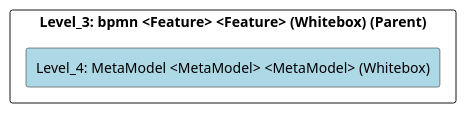
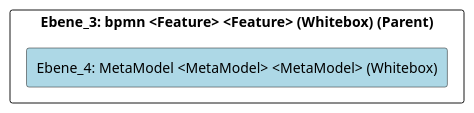
The diagram in doc/cleonproject_deliverables_architecture_model_architecture/adoc/de/05_bausteinsicht/cleon/modeling_languages/bpmn/metamodel/ebene_4_metamodel.adoc (marcozwyssig/cleon), drawn with PlantUML before and after one commit. The commit also changed other lines of this file and 214 other files, not shown here.

```diff
--- a/doc/cleonproject_deliverables_architecture_model_architecture/adoc/de/05_bausteinsicht/cleon/modeling_languages/bpmn/metamodel/ebene_4_metamodel.adoc
+++ b/doc/cleonproject_deliverables_architecture_model_architecture/adoc/de/05_bausteinsicht/cleon/modeling_languages/bpmn/metamodel/ebene_4_metamodel.adoc
@@ -21,24 +21,24 @@
-[plantuml, Level_4: MetaModel <MetaModel> <MetaModel> (Whitebox)BlockOverview, format="svg"]
+[plantuml, Ebene_4: MetaModel <MetaModel> <MetaModel> (Whitebox)BlockOverview, format="svg"]
 ----
-@startuml Level_4: MetaModel <MetaModel> <MetaModel> (Whitebox)BuildingBlockOverview
+@startuml Ebene_4: MetaModel <MetaModel> <MetaModel> (Whitebox)BuildingBlockOverview
 
 skinparam ranksep 10
 skinparam componentStyle rectangle
 skinparam shadowing false
 skinparam arrowColor lightblue
 skinparam arrowThickness 1.2
 skinparam rectangle {
   BackgroundColor White
   BorderColor #333
   RoundCorner 10
 }
 top to bottom direction
 
-component "Level_3: bpmn <Feature> <Feature> (Whitebox) (Parent)" {
-    component "Level_4: MetaModel <MetaModel> <MetaModel> (Whitebox)" #lightblue {
+component "Ebene_3: bpmn <Feature> <Feature> (Whitebox) (Parent)" {
+    component "Ebene_4: MetaModel <MetaModel> <MetaModel> (Whitebox)" #lightblue {
     }
 
 }
 
 @enduml
 ----
```
